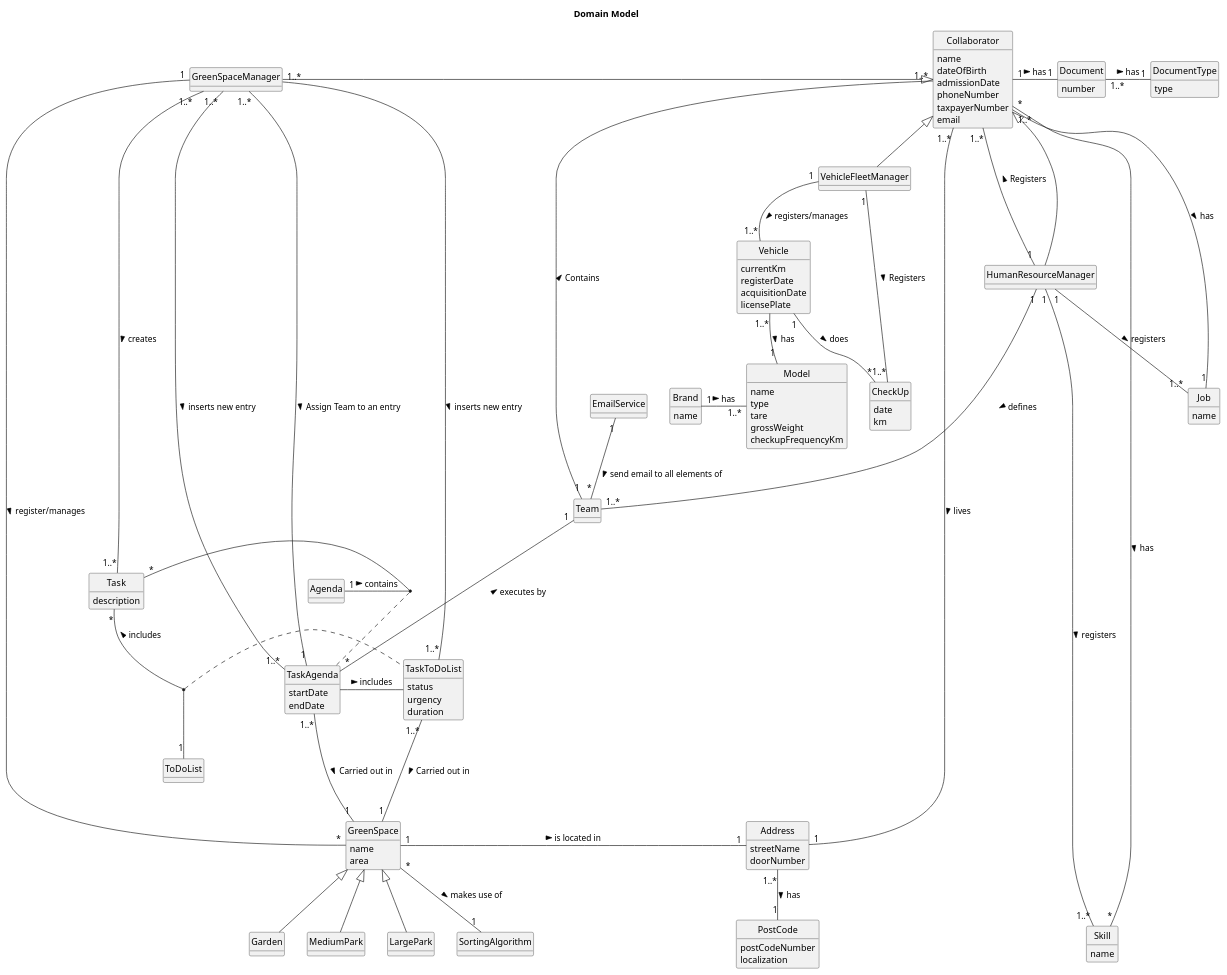
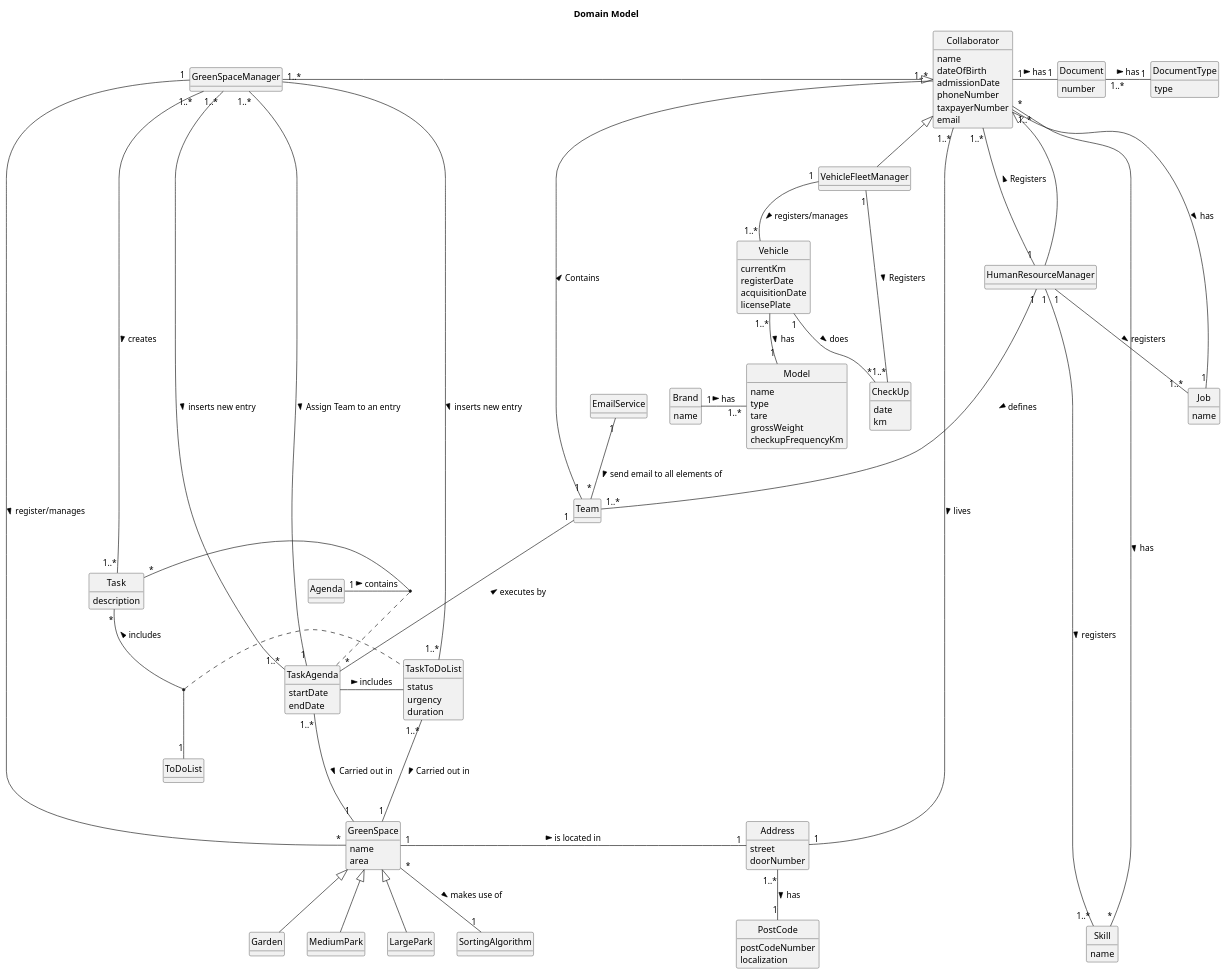
The diagram in docs/sprint3/global-artifacts/02.analysis/puml/partial-use-domain-model.puml (Departamento-de-Engenharia-Informatica/lei-24-s2-1db-g022), drawn with PlantUML before and after one commit. The commit also changed 8 other files, not shown here.

```diff
--- a/docs/sprint3/global-artifacts/02.analysis/puml/partial-use-domain-model.puml
+++ b/docs/sprint3/global-artifacts/02.analysis/puml/partial-use-domain-model.puml
@@ -1,177 +1,177 @@
 @startuml
 skinparam monochrome true
 skinparam packageStyle rectangle
 skinparam shadowing false
 skinparam classAttributeIconSize 0
 hide circle
 hide methods
 
 title Domain Model
 
 class Collaborator {
     name
     dateOfBirth
     admissionDate
     phoneNumber
     taxpayerNumber
     email
 }
 
 class Document{
     number
 }
 
 class DocumentType{
     type
 }
 
 class Address {
-    streetName
+    street
     doorNumber
 }
 
 class PostCode{
     postCodeNumber
     localization
 }
 
 class VehicleFleetManager {
 }
 
 class HumanResourceManager {
 }
 
 class Brand {
      name
 }
 
 class Model {
      name
      type
      tare
      grossWeight
      checkupFrequencyKm
 }
 
 class Vehicle {
     currentKm
     registerDate
     acquisitionDate
     licensePlate
 }
 
 class Skill{
     name
 }
 
 class Job{
     name
 }
 class Team{
 }
 
 class CheckUp{
     date
     km
 }
 
 class GreenSpaceManager {
 }
 
 class GreenSpace {
     name
     area
 }
 
 class Garden {
 }
 
 class MediumPark {
 }
 
 class LargePark {
 }
 
 class ToDoList {
 }
 
 class TaskToDoList{
     status
     urgency
     duration
 }
 
 class TaskAgenda{
     startDate
     endDate
 }
 
 class Task {
     description
 }
 
 class Agenda{
 }
 
 Address "1..*" -- "1" PostCode : has >
 
 Document "1..*" - "1" DocumentType : has >
 
 '-------------Collaborator-------------
 Collaborator "1" - "1" Document : has >
 Collaborator "1..*" --- "1" Job : has >
 Collaborator  <|--  HumanResourceManager
 Collaborator <|-- VehicleFleetManager
 GreenSpaceManager  -|>  Collaborator
 Address "1" - "1..*" Collaborator : lives <
 Skill "*" ---------- "*" Collaborator : has <
 Collaborator "1..*" ----- "1" Team : Contains <
 
 '-------------HumanResourceManager-------------
 HumanResourceManager "1" -- "1..*" Skill : registers >
 HumanResourceManager "1" -- "1..*" Job : registers >
 HumanResourceManager "1" --- "1..*" Collaborator : Registers >
 HumanResourceManager "1" -- "1..*" Team : defines >
 
 '-------------VehicleFleetManager-------------
 VehicleFleetManager "1" -- "1..*" Vehicle : registers/manages >
 VehicleFleetManager "1" -- "1..*" CheckUp : Registers >
 
 '-------------Brand-------------
 Brand "1" -  "1..*" Model : has >
 
 '-------------Vehicle-------------
 Vehicle "1..*" -- "1" Model : has >
 Vehicle "1" -- "*" CheckUp : does >
 
 '-------------GreenSpaceManager-------------
 GreenSpaceManager "1" - "*" GreenSpace : register/manages >
 GreenSpaceManager "1..*" -- "1..*" Task : creates >
 GreenSpaceManager "1..*" - "1..*" TaskToDoList : inserts new entry >
 GreenSpaceManager "1..*" - "1..*" TaskAgenda : inserts new entry >
+GreenSpaceManager "1..*" - "1" TaskAgenda : Assign Team to an entry >
 
 '-------------GreenSpace-------------
 GreenSpace "1" - "1" Address : is located in >
 GreenSpace <|-- Garden
 GreenSpace <|-- MediumPark
 GreenSpace <|-- LargePark
+GreenSpace "*" -- "1" SortingAlgorithm : makes use of >
 
+'-------------Task-------------
 TaskAgenda "1..*" --- "1" GreenSpace :  Carried out in  >
 TaskToDoList "1..*" --- "1" GreenSpace :  Carried out in  >
 
 Task "*" -- "1" ToDoList : includes <
 
-
-GreenSpaceManager "1..*" - "1" TaskAgenda : Assign Team to an entry >
 Team "1" --- "*" TaskAgenda : executes by <
 Agenda "1" - "*" Task : contains >
 
 EmailService "1" -- "*" Team :  send email to all elements of >
 
-GreenSpace "*" -- "1" SortingAlgorithm : makes use of >
 
 (Task,ToDoList) .. TaskToDoList
 (Task,Agenda) .. TaskAgenda
 
 TaskAgenda - TaskToDoList : includes >
 @enduml
```
